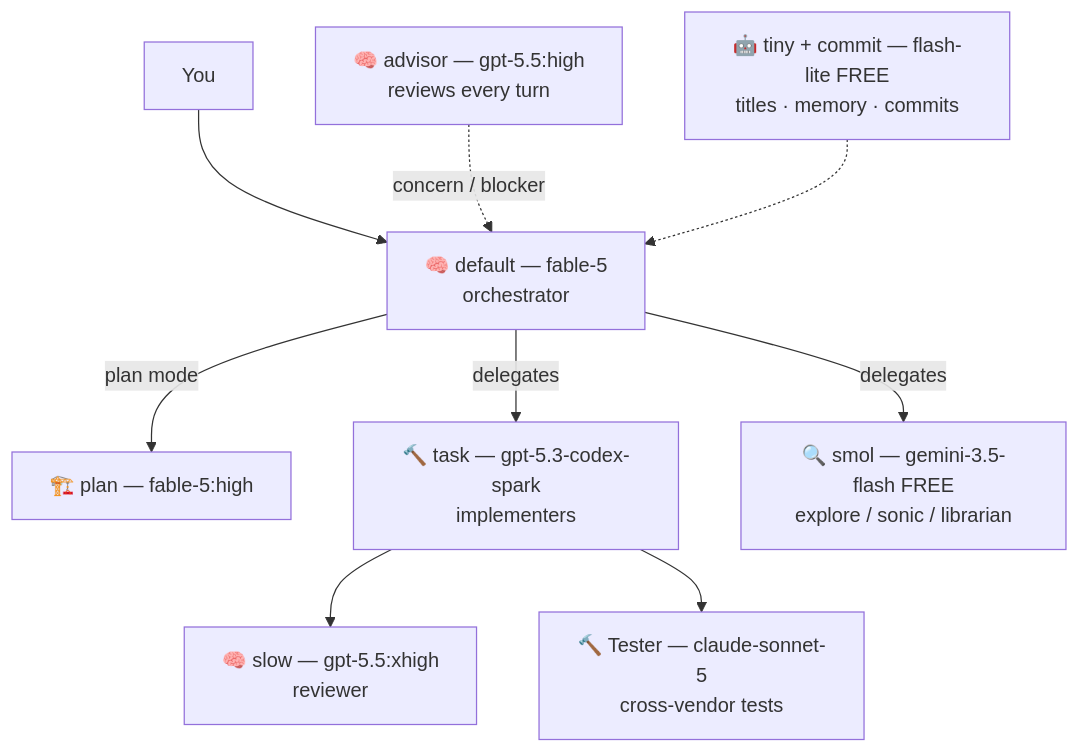
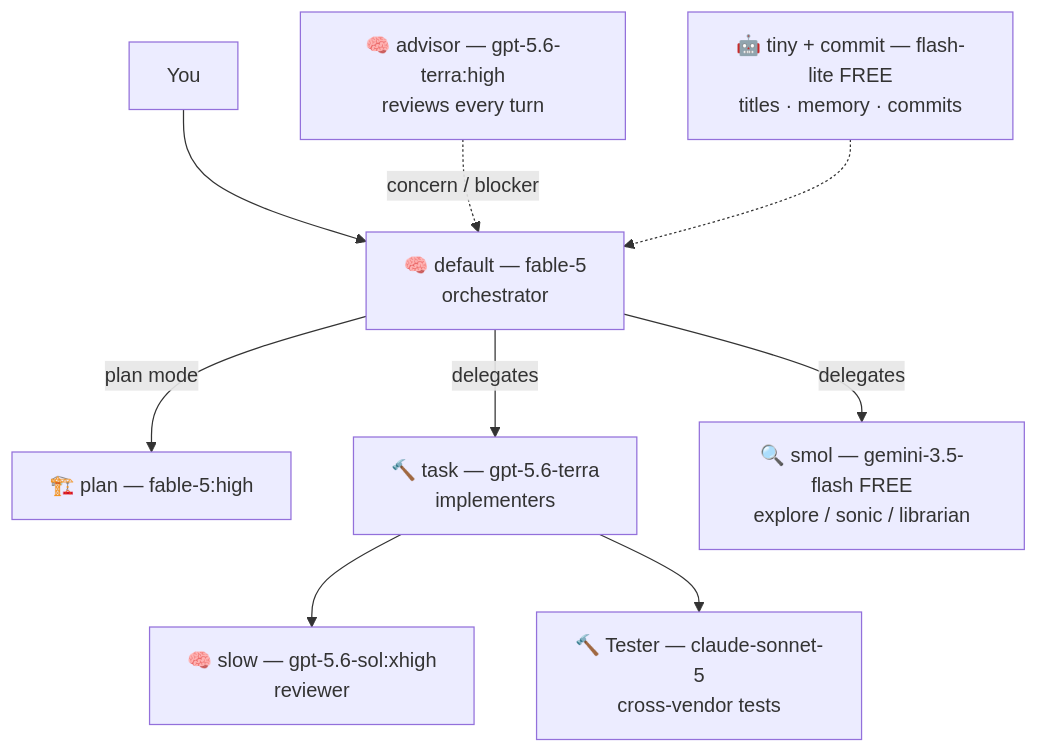
Before and after one commit to rockclaver/omp-orchestra: the diagram in README.md, drawn with Mermaid. The commit also changed other lines of this file and 5 other files, not shown here.

First line of the commit message:
Adopt GPT-5.6 family: Sol frontier, Terra advisor+task, Luna scout

````diff
--- a/README.md
+++ b/README.md
@@ -31,11 +31,11 @@
 ```mermaid
 flowchart TD
     U[You] --> O["🧠 default — fable-5<br/>orchestrator"]
     O -->|plan mode| P["🏗️ plan — fable-5:high"]
-    O -->|delegates| T["🔨 task — gpt-5.3-codex-spark<br/>implementers"]
+    O -->|delegates| T["🔨 task — gpt-5.6-terra<br/>implementers"]
     O -->|delegates| S["🔍 smol — gemini-3.5-flash FREE<br/>explore / sonic / librarian"]
-    T --> R["🧠 slow — gpt-5.5:xhigh<br/>reviewer"]
+    T --> R["🧠 slow — gpt-5.6-sol:xhigh<br/>reviewer"]
     T --> TE["🔨 Tester — claude-sonnet-5<br/>cross-vendor tests"]
-    A["🧠 advisor — gpt-5.5:high<br/>reviews every turn"] -.->|concern / blocker| O
+    A["🧠 advisor — gpt-5.6-terra:high<br/>reviews every turn"] -.->|concern / blocker| O
     B["🤖 tiny + commit — flash-lite FREE<br/>titles · memory · commits"] -.-> O
 ```
````
